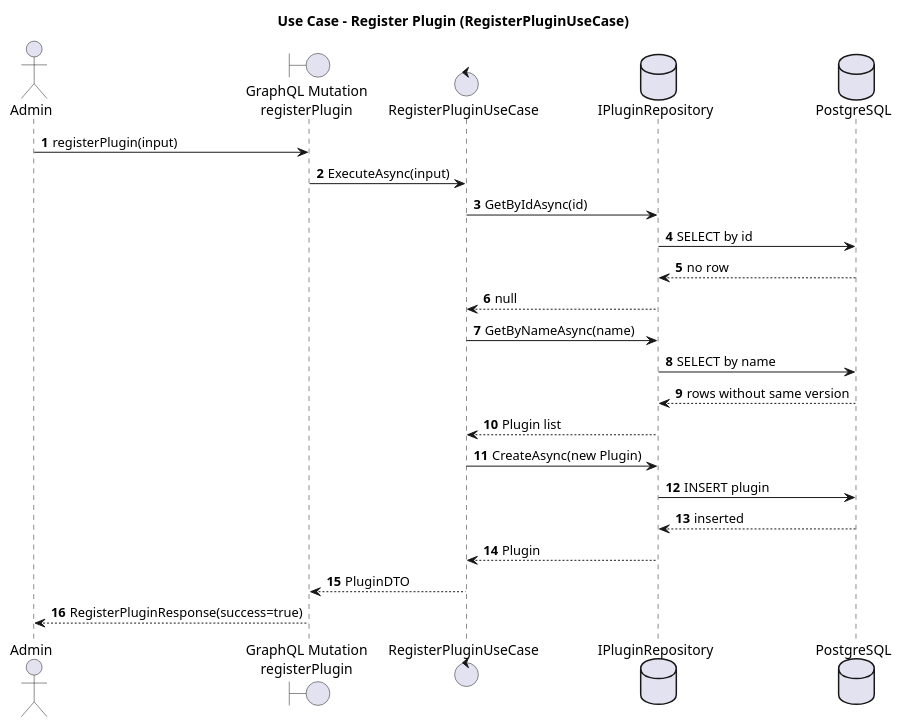
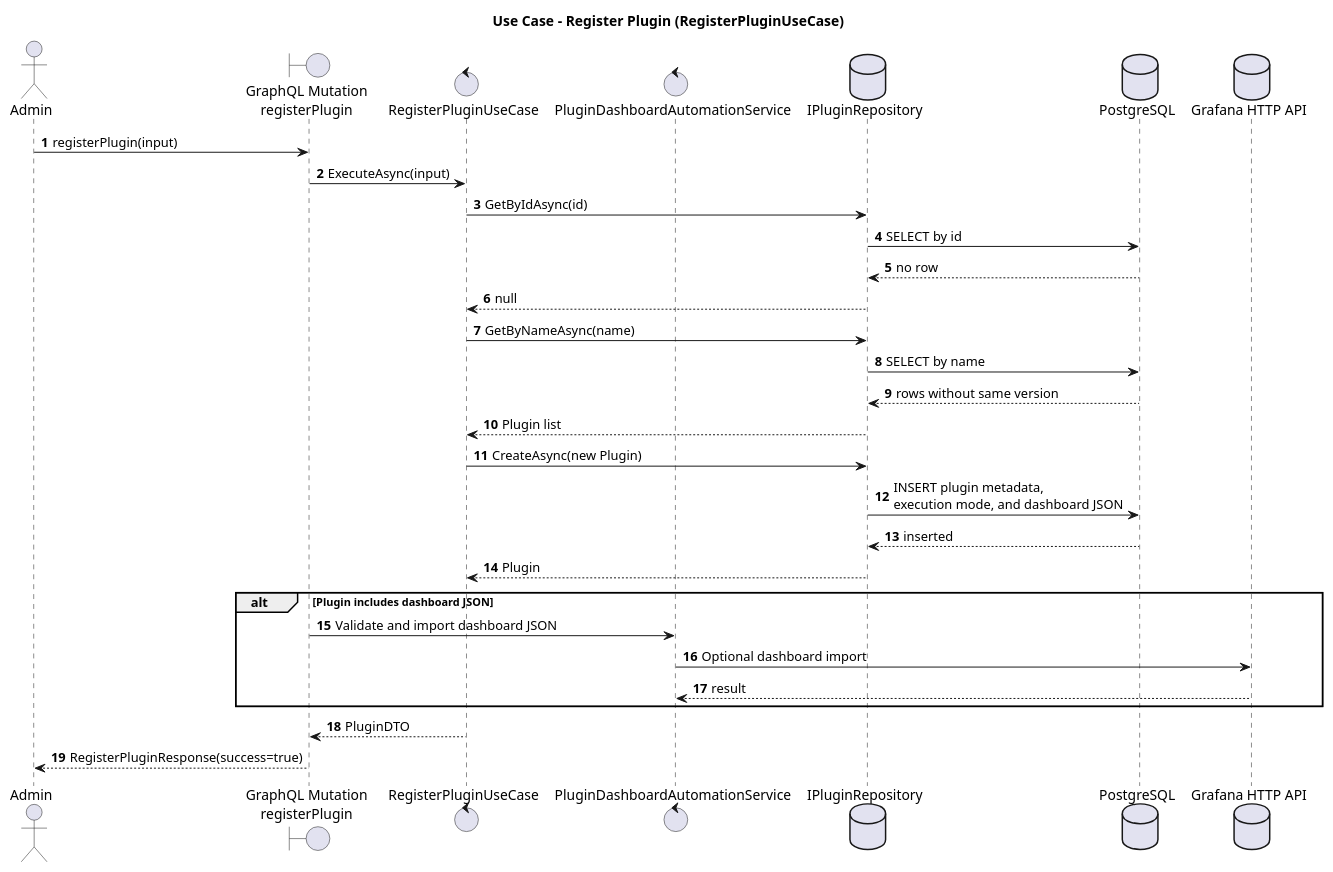
One commit to vhfba/beacon changed the diagram in docs/architecture/use-case-register-plugin-sequence.puml. Above: the diagram before and after it, drawn with PlantUML. The commit also changed 202 other files, not shown here.

```diff
--- a/docs/architecture/use-case-register-plugin-sequence.puml
+++ b/docs/architecture/use-case-register-plugin-sequence.puml
@@ -1,29 +1,38 @@
 @startuml
 title Use Case - Register Plugin (RegisterPluginUseCase)
 
 autonumber
 
 actor Admin as admin
 boundary "GraphQL Mutation\nregisterPlugin" as gql
 control "RegisterPluginUseCase" as uc
+control "PluginDashboardAutomationService" as dashboards
 database "IPluginRepository" as plugins
 database "PostgreSQL" as db
+database "Grafana HTTP API" as grafana
 
 admin -> gql : registerPlugin(input)
 gql -> uc : ExecuteAsync(input)
 uc -> plugins : GetByIdAsync(id)
 plugins -> db : SELECT by id
 db --> plugins : no row
 plugins --> uc : null
 uc -> plugins : GetByNameAsync(name)
 plugins -> db : SELECT by name
 db --> plugins : rows without same version
 plugins --> uc : Plugin list
 uc -> plugins : CreateAsync(new Plugin)
-plugins -> db : INSERT plugin
+plugins -> db : INSERT plugin metadata,\nexecution mode, and dashboard JSON
 db --> plugins : inserted
 plugins --> uc : Plugin
+
+alt Plugin includes dashboard JSON
+  gql -> dashboards : Validate and import dashboard JSON
+  dashboards -> grafana : Optional dashboard import
+  grafana --> dashboards : result
+end
+
 uc --> gql : PluginDTO
 gql --> admin : RegisterPluginResponse(success=true)
 
 @enduml
```
